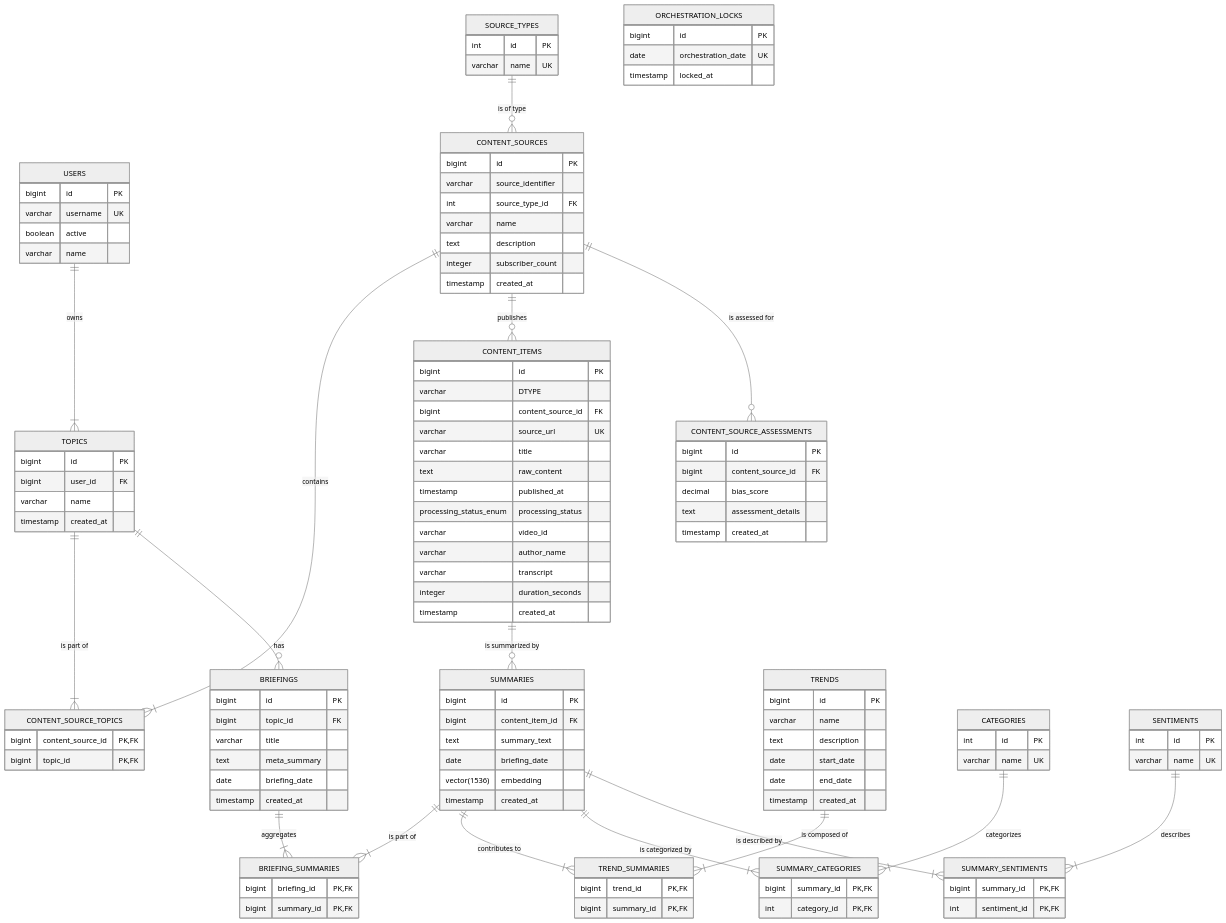
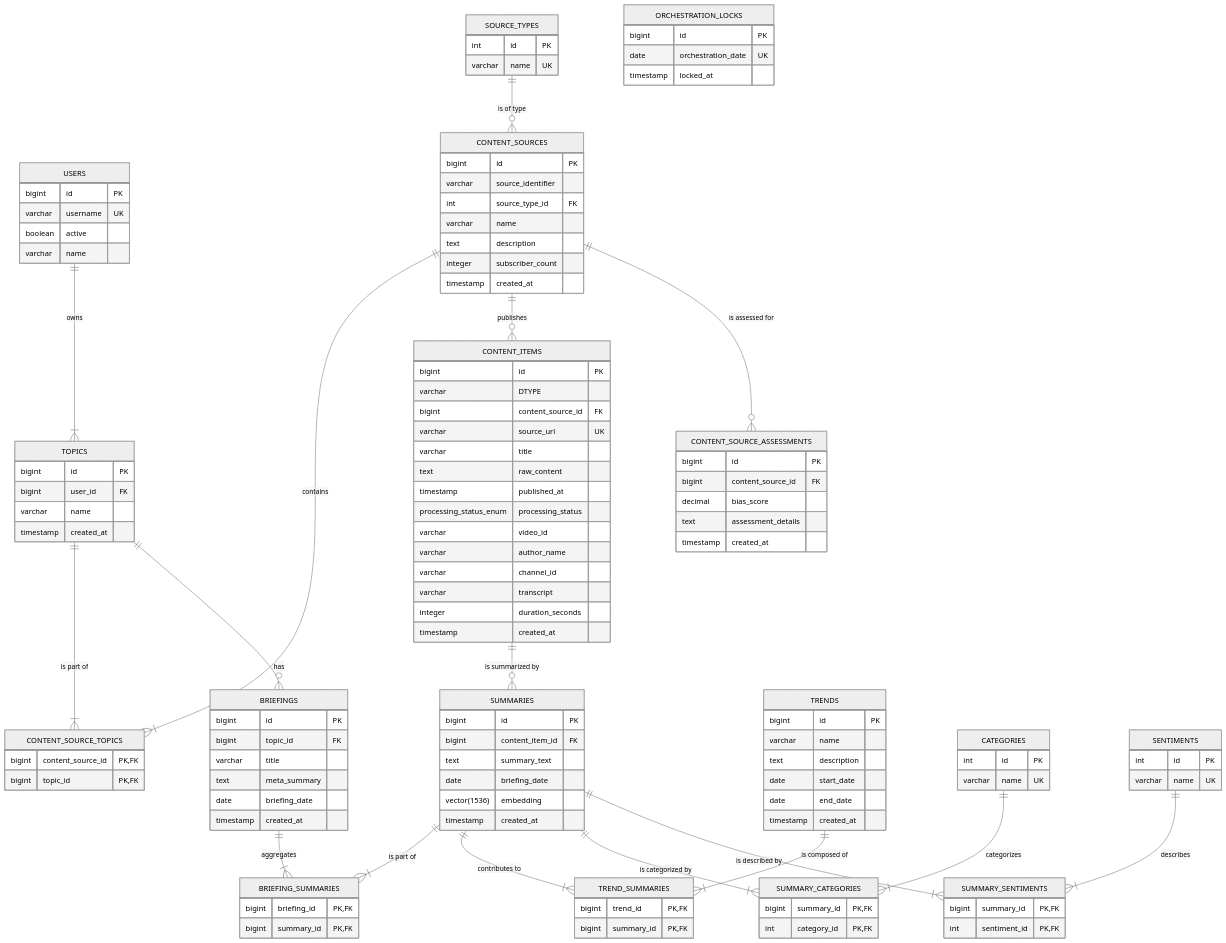
Before and after one commit to sjuresa/povzetkar: the diagram in docs/sdlc/04_database_design.md, drawn with Mermaid (neutral theme). The commit also changed 1 other file, not shown here.

Commit message:
fix: add channel_id

```diff
--- a/docs/sdlc/04_database_design.md
+++ b/docs/sdlc/04_database_design.md
@@ -83,6 +83,7 @@
         processing_status_enum processing_status
         varchar video_id
         varchar author_name
+        varchar channel_id
         varchar transcript
         integer duration_seconds
         timestamp created_at
```
